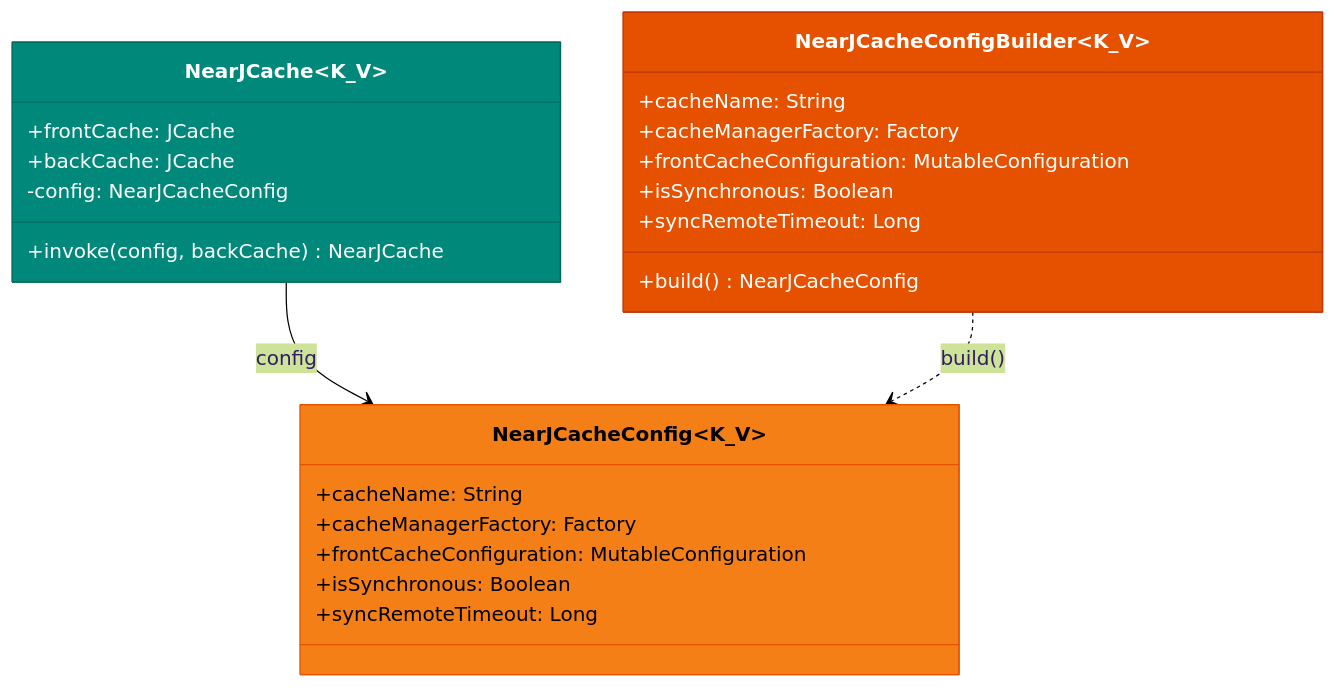
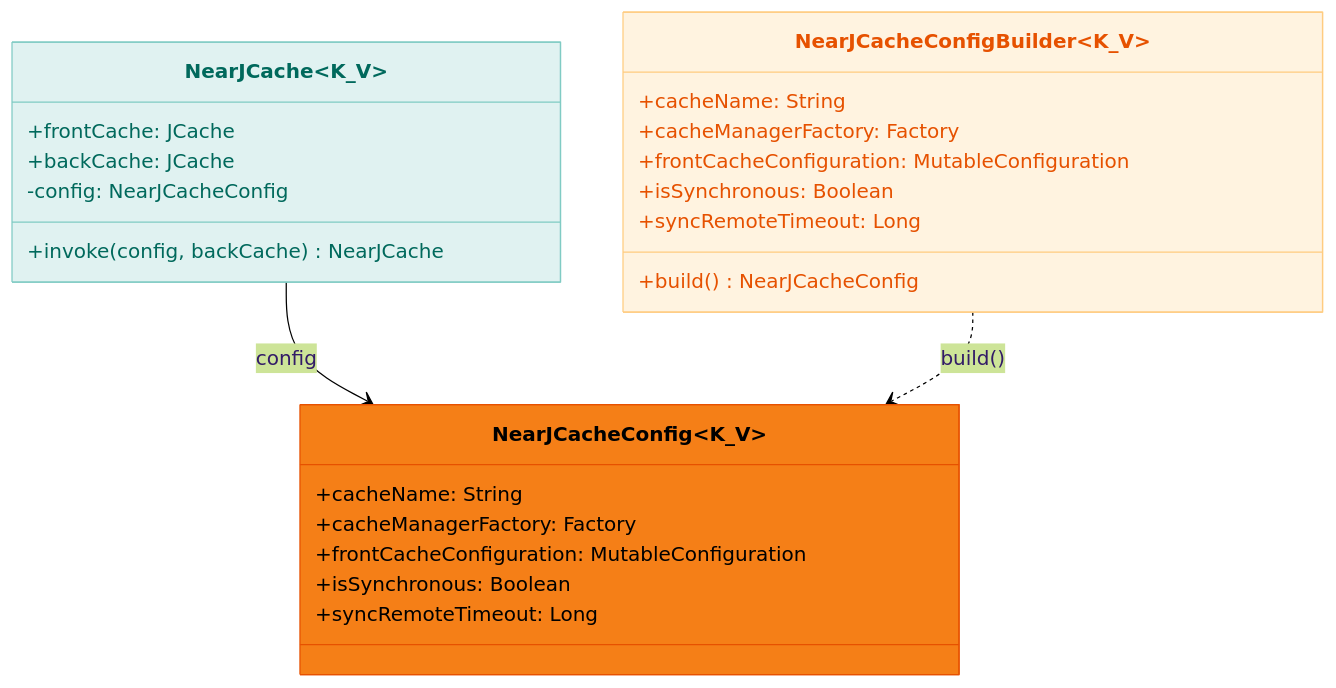
Before and after one commit to bluetape4k/bluetape4k-projects: the sixth of 7 diagrams in infra/cache-core/README.ko.md, drawn with Mermaid (forest theme). The commit also changed other lines of this file and 219 other files, not shown here.

First line of the commit message:
docs: 전체 README Mermaid 다이어그램 가이드 적용

````diff
--- a/infra/cache-core/README.ko.md
+++ b/infra/cache-core/README.ko.md
@@ -276,33 +264,33 @@
 ```mermaid
 classDiagram
     class NearJCache~K_V~ {
 +frontCache: JCache
 +backCache: JCache
 -config: NearJCacheConfig
         +invoke(config, backCache) NearJCache
     }
 
 class NearJCacheConfig~K_V~ {
         +cacheName: String
         +cacheManagerFactory: Factory
 +frontCacheConfiguration: MutableConfiguration
         +isSynchronous: Boolean
         +syncRemoteTimeout: Long
     }
 
 class NearJCacheConfigBuilder~K_V~ {
         +cacheName: String
         +cacheManagerFactory: Factory
 +frontCacheConfiguration: MutableConfiguration
         +isSynchronous: Boolean
         +syncRemoteTimeout: Long
         +build() NearJCacheConfig
     }
 
     NearJCache --> NearJCacheConfig: config
     NearJCacheConfigBuilder ..> NearJCacheConfig: build()
 
-    style NearJCache fill:#00897B,stroke:#00695C,color:#FFFFFF
+    style NearJCache fill:#E0F2F1,stroke:#80CBC4,color:#00695C
     style NearJCacheConfig fill:#F57F17,stroke:#E65100,color:#000000
-    style NearJCacheConfigBuilder fill:#E65100,stroke:#BF360C,color:#FFFFFF
+    style NearJCacheConfigBuilder fill:#FFF3E0,stroke:#FFCC80,color:#E65100
 ```
````
